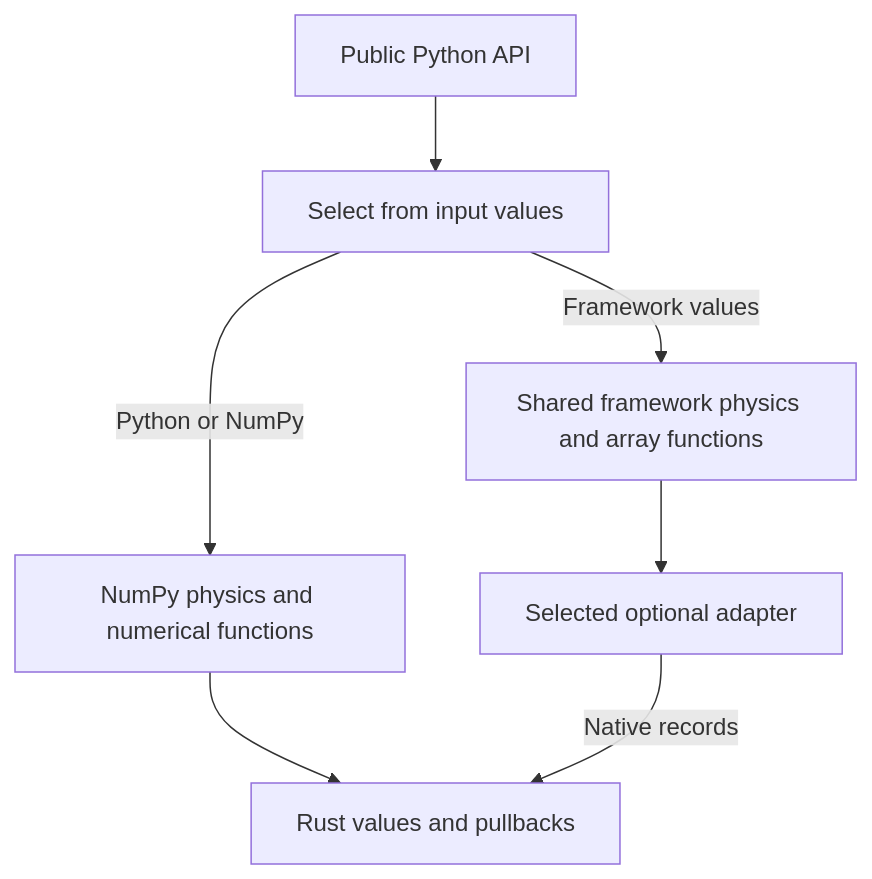
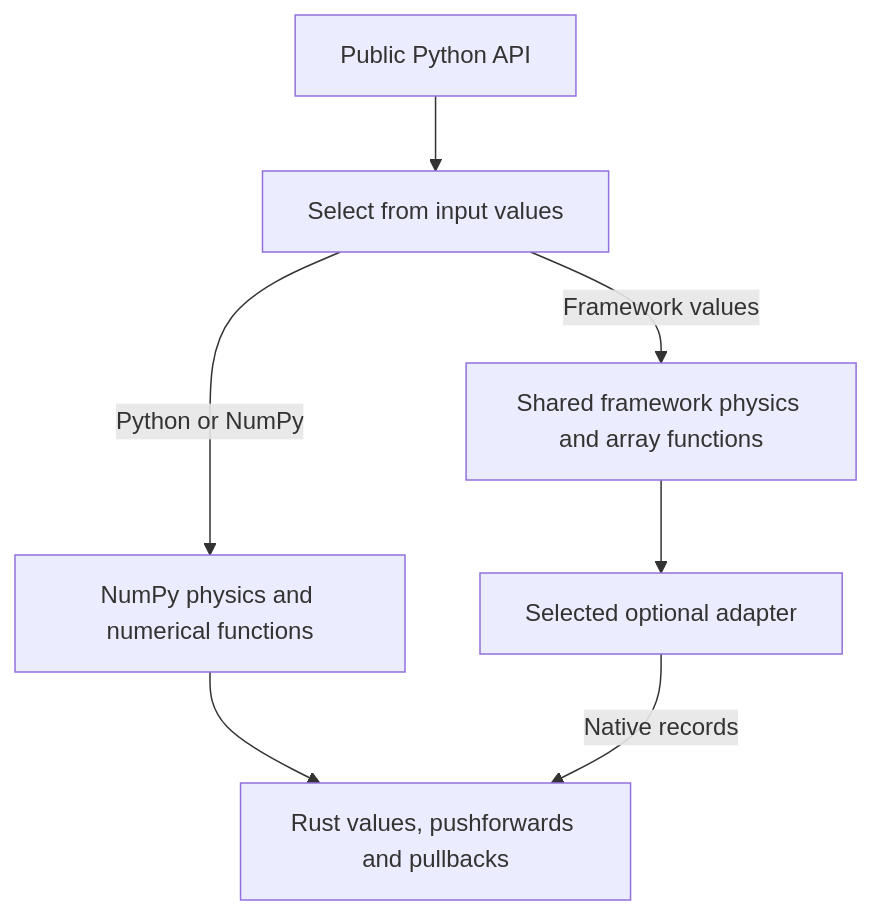
Before and after one commit to yaugenst/treams-rs: the diagram in python/README.md, drawn with Mermaid. The commit also changed other lines of this file and 27 other files, not shown here.

````diff
--- a/python/README.md
+++ b/python/README.md
@@ -9,9 +9,9 @@
 ```mermaid
 flowchart TD
     api[Public Python API] --> dispatch[Select from input values]
     dispatch -->|Python or NumPy| numpy[NumPy physics and numerical functions]
     dispatch -->|Framework values| shared[Shared framework physics and array functions]
     shared --> adapter[Selected optional adapter]
-    numpy --> native[Rust values and pullbacks]
+    numpy --> native[Rust values, pushforwards and pullbacks]
     adapter -->|Native records| native
 ```
````
